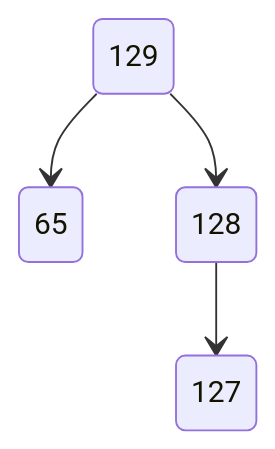
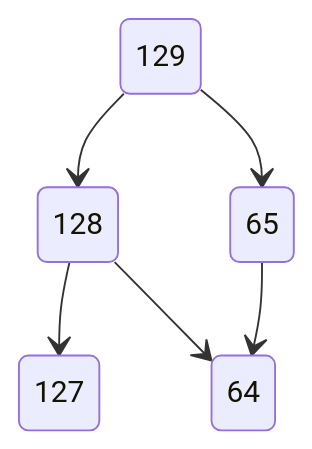
Before and after one commit to viktorshandrikov/repository-1: the diagram in 19.md, drawn with Mermaid.

````diff
--- a/19.md
+++ b/19.md
@@ -1,6 +1,8 @@
 ```mermaid
 stateDiagram-v2
 129 --> 128
 129 --> 65
 128 --> 127
+128 --> 64
+65 --> 64
 ```
````
